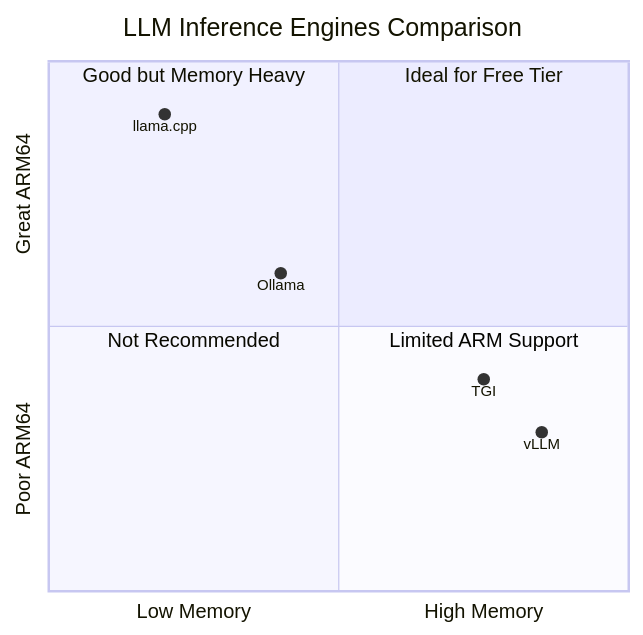
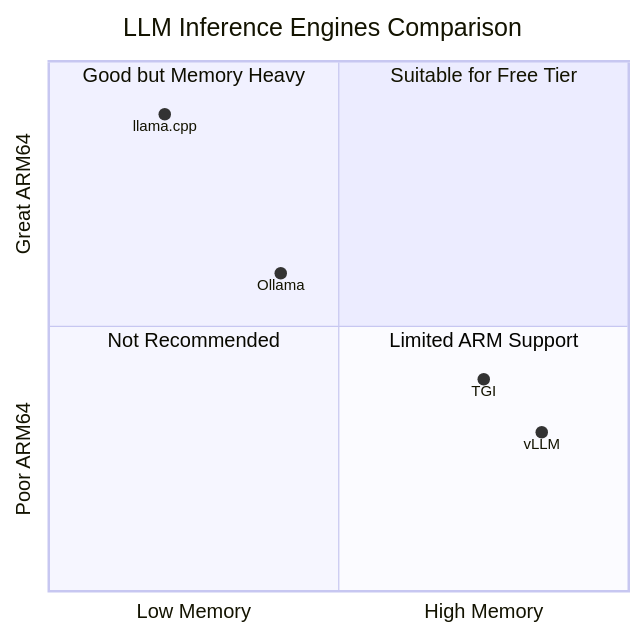
The seventh of 7 diagrams in docs/src/content/docs/architecture/gemma-llm.mdx (nsudhanva/k8s-oracle), drawn with Mermaid before and after one commit. The commit also changed other lines of this file and 5 other files, not shown here.

````diff
--- a/docs/src/content/docs/architecture/gemma-llm.mdx
+++ b/docs/src/content/docs/architecture/gemma-llm.mdx
@@ -370,14 +370,14 @@
 ```mermaid
 quadrantChart
     title LLM Inference Engines Comparison
     x-axis Low Memory --> High Memory
     y-axis Poor ARM64 --> Great ARM64
-    quadrant-1 Ideal for Free Tier
+    quadrant-1 Suitable for Free Tier
     quadrant-2 Good but Memory Heavy
     quadrant-3 Not Recommended
     quadrant-4 Limited ARM Support
     llama.cpp: [0.2, 0.9]
     Ollama: [0.4, 0.6]
     vLLM: [0.85, 0.3]
     TGI: [0.75, 0.4]
 ```
````
